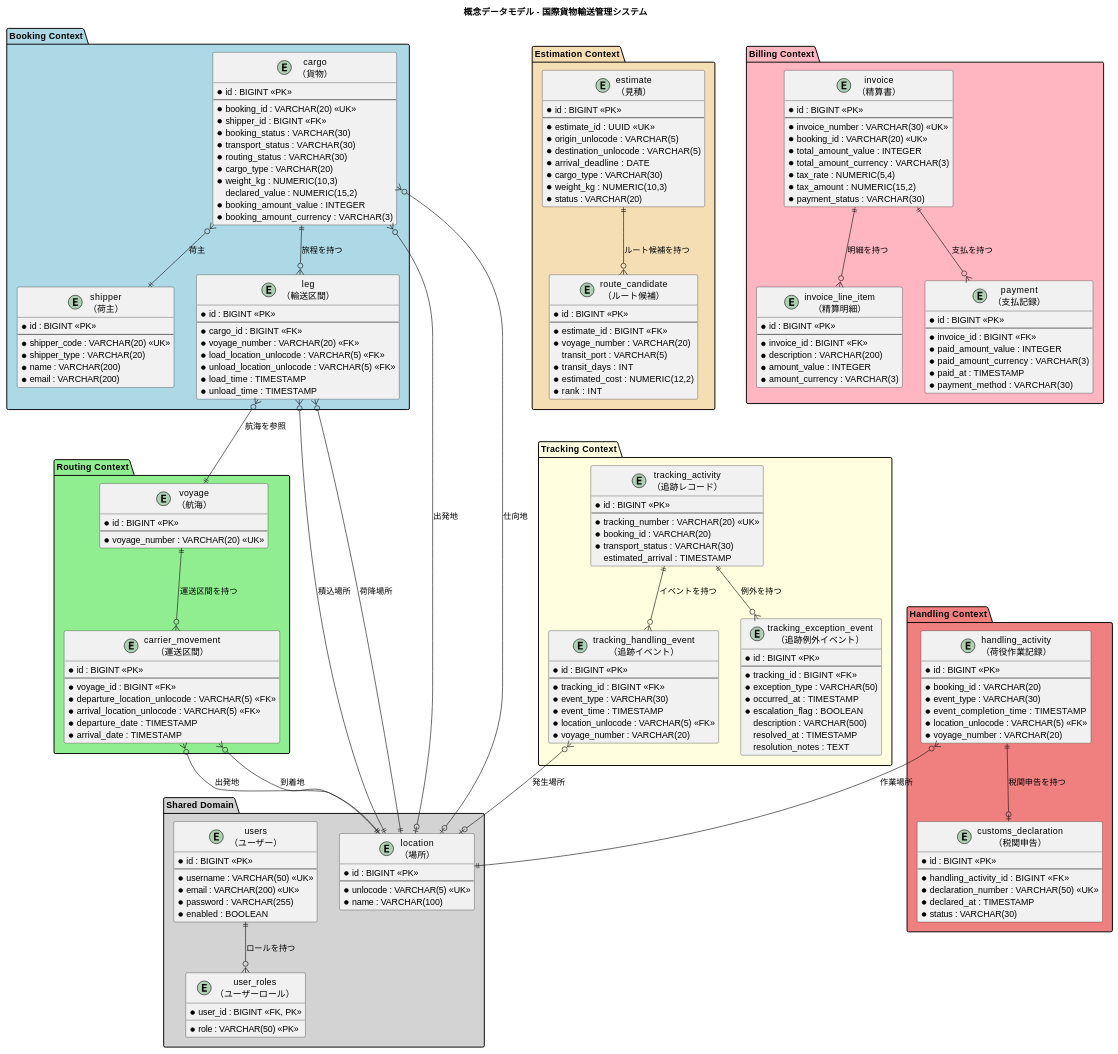
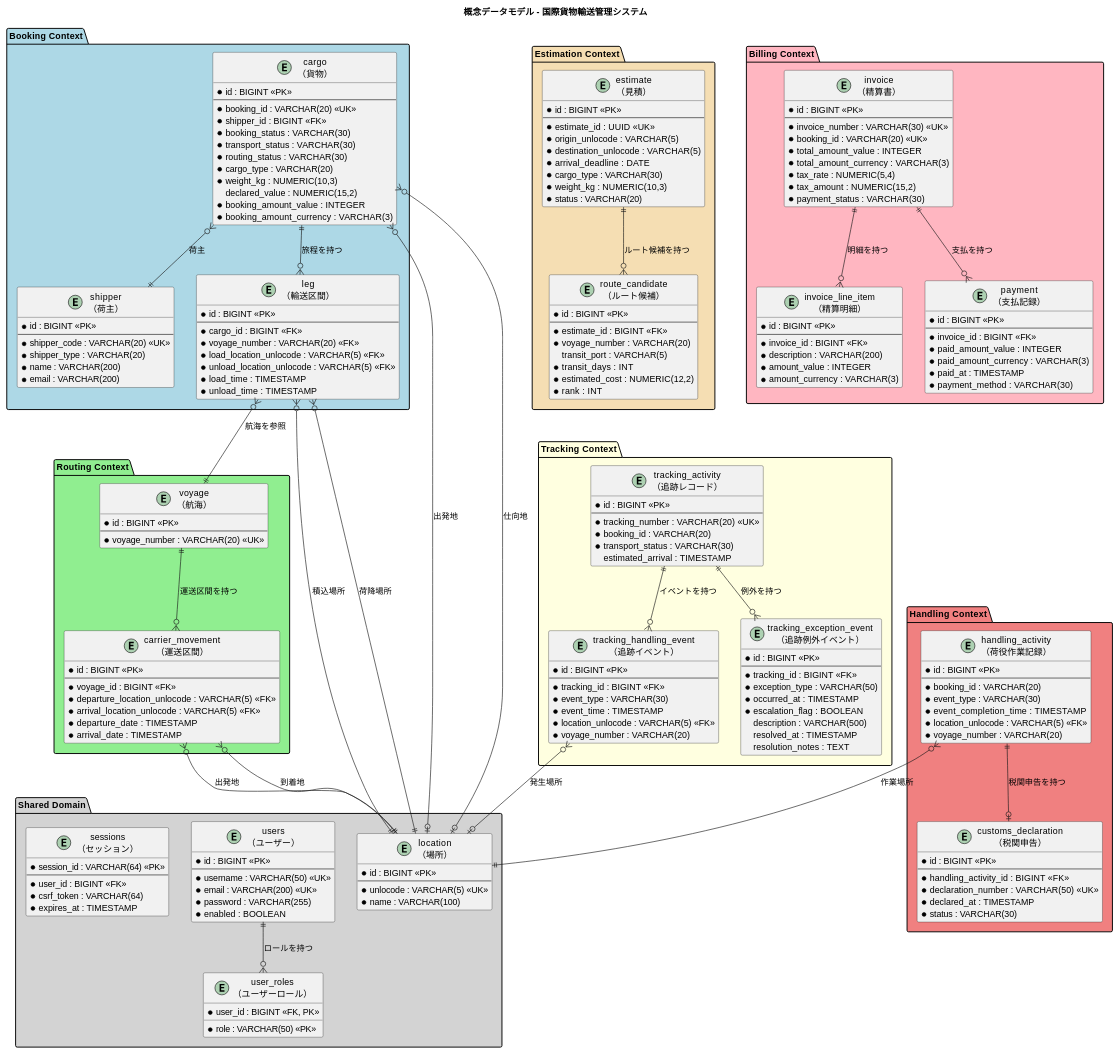
Before and after one commit to k2works/case-study-cargo-tracker: the first of 9 diagrams in docs/design/data-model.md, drawn with PlantUML. The commit also changed other lines of this file and 7 other files, not shown here.

```diff
--- a/docs/design/data-model.md
+++ b/docs/design/data-model.md
@@ -55,6 +55,14 @@
     * email : VARCHAR(200) <<UK>>
     * password : VARCHAR(255)
     * enabled : BOOLEAN
+  }
+
+  entity "sessions\n（セッション）" as sessions {
+    * session_id : VARCHAR(64) <<PK>>
+    --
+    * user_id : BIGINT <<FK>>
+    * csrf_token : VARCHAR(64)
+    * expires_at : TIMESTAMP
   }
 
   entity "user_roles\n（ユーザーロール）" as user_roles {
```
